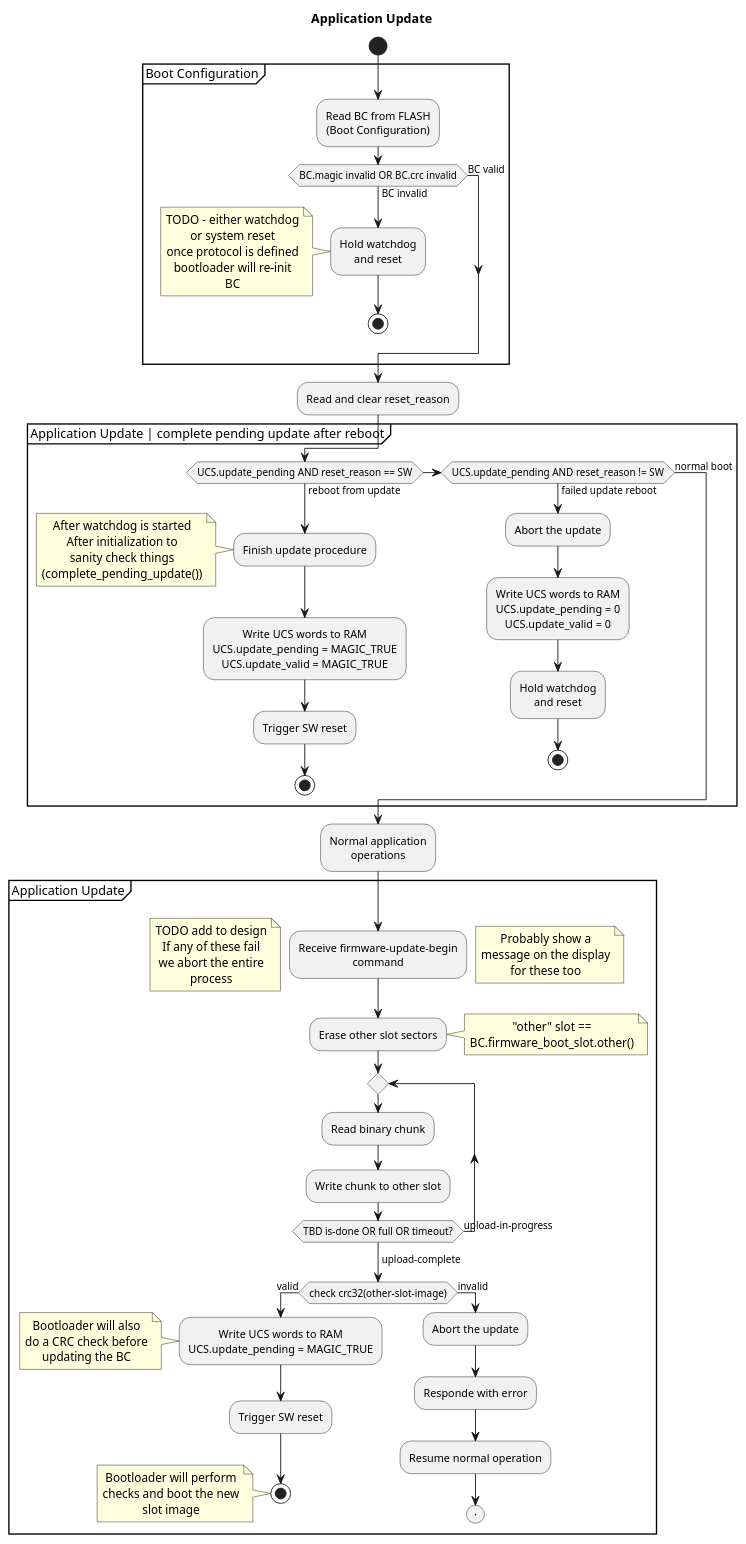
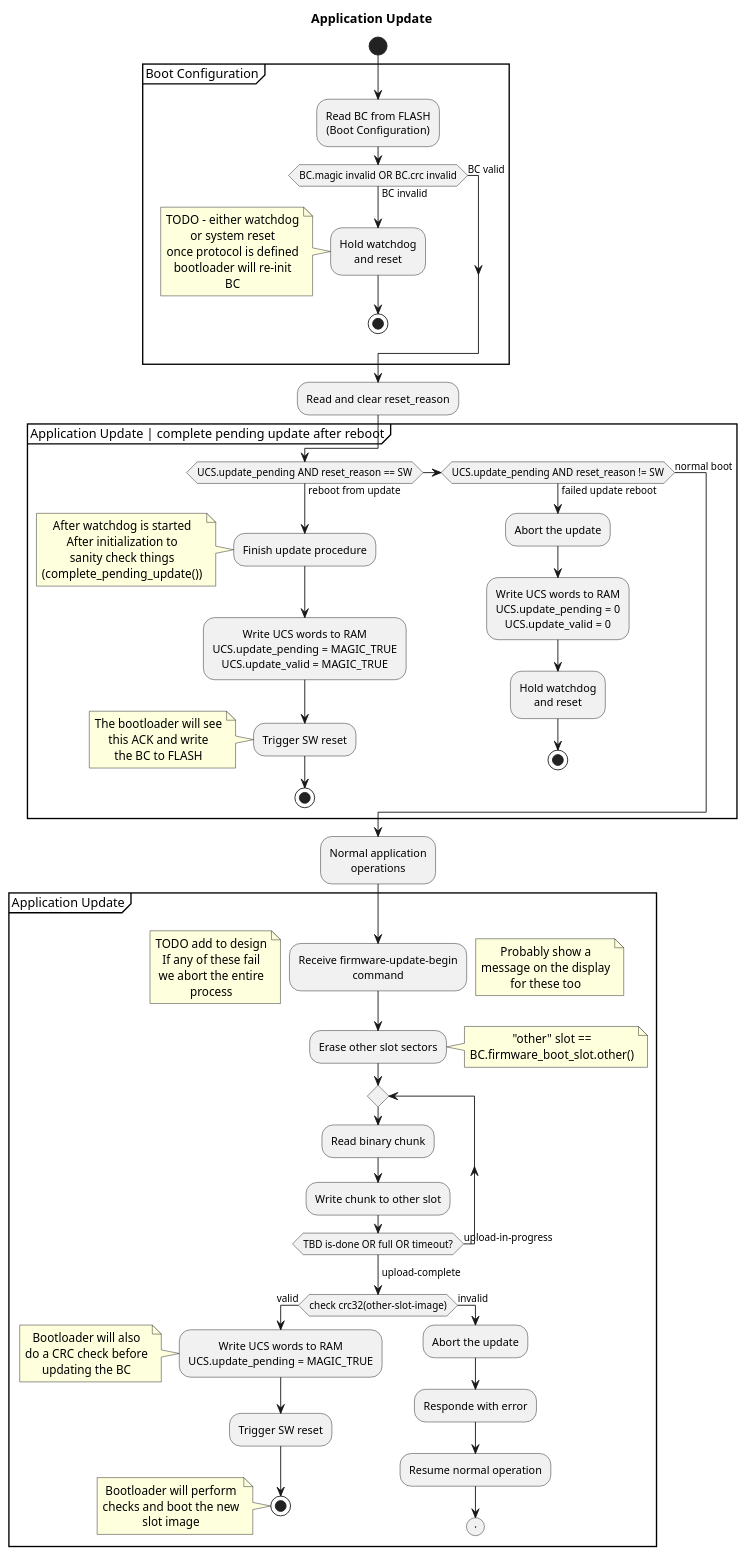
The diagram in bootloader/doc/application_update.puml (jonlamb-gh/air-gradient-pro-rs), drawn with PlantUML before and after one commit. The commit also changed 4 other files, not shown here.

```diff
--- a/bootloader/doc/application_update.puml
+++ b/bootloader/doc/application_update.puml
@@ -1,116 +1,121 @@
 @startuml
 
 skinparam defaultTextAlignment center
 /'skinparam monochrome reverse'/
 
 title Application Update
 
 start
 
 group Boot Configuration
     :Read BC from FLASH
     (Boot Configuration);
 
     if (BC.magic invalid OR BC.crc invalid) then(BC invalid)
         :Hold watchdog
         and reset;
         note left
             TODO - either watchdog
             or system reset
             once protocol is defined
             bootloader will re-init
             BC
         end note
         stop
     else (BC valid)
     endif
 end group
 
 :Read and clear reset_reason;
 
 group Application Update | complete pending update after reboot
     if (UCS.update_pending AND reset_reason == SW) then(reboot from update)
         :Finish update procedure;
         note left
             After watchdog is started
             After initialization to
             sanity check things
             (complete_pending_update())
         end note
 
         :Write UCS words to RAM
         UCS.update_pending = MAGIC_TRUE
         UCS.update_valid = MAGIC_TRUE;
 
         :Trigger SW reset;
+        note left
+            The bootloader will see
+            this ACK and write
+            the BC to FLASH
+        end note
 
         stop
     elseif (UCS.update_pending AND reset_reason != SW) then(failed update reboot)
         :Abort the update;
         :Write UCS words to RAM
         UCS.update_pending = 0
         UCS.update_valid = 0;
         :Hold watchdog
         and reset;
         stop
     else (normal boot)
     endif
 end group
 
 :Normal application
 operations;
 
 group Application Update
     :Receive firmware-update-begin
     command;
     note left
         TODO add to design
         If any of these fail
         we abort the entire
         process
     end note
     note right
         Probably show a
         message on the display
         for these too
     end note
 
     :Erase other slot sectors;
     note right
         "other" slot ==
         BC.firmware_boot_slot.other()
     end note
 
     repeat
         :Read binary chunk;
         :Write chunk to other slot;
         repeat while (TBD is-done OR full OR timeout?) is (upload-in-progress)
         ->upload-complete;
 
     if(check crc32(other-slot-image)) then (valid)
         :Write UCS words to RAM
         UCS.update_pending = MAGIC_TRUE;
         note left
             Bootloader will also
             do a CRC check before
             updating the BC
         end note
 
         :Trigger SW reset;
 
         stop
         note left
             Bootloader will perform
             checks and boot the new
             slot image
         end note
     else (invalid)
         :Abort the update;
         :Responde with error;
         :Resume normal operation;
         (.)
         detach
     endif
 end group
 
 @enduml
```
